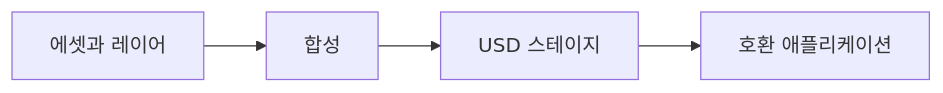
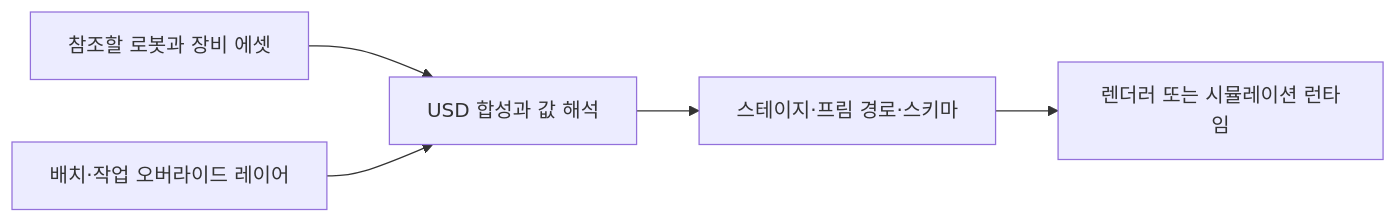
The diagram in docs/ko/openusd.md (james-joobs/awesome-nvidia-physical-ai), drawn with Mermaid before and after one commit. The commit also changed other lines of this file and 187 other files, not shown here.

Commit message:
Expand bilingual guides with official architecture references

````diff
--- a/docs/ko/openusd.md
+++ b/docs/ko/openusd.md
@@ -15,4 +17,12 @@
 ```mermaid
 flowchart LR
-    A["에셋과 레이어"] --> B["합성"] --> C["USD 스테이지"] --> D["호환 애플리케이션"]
+    assets["참조할 로봇과 장비 에셋"]
+    layer["배치·작업 오버라이드 레이어"]
+    comp["USD 합성과 값 해석"]
+    stage["스테이지·프림 경로·스키마"]
+    app["렌더러 또는 시뮬레이션 런타임"]
+    assets --> comp
+    layer --> comp
+    comp --> stage
+    stage --> app
 ```
````
